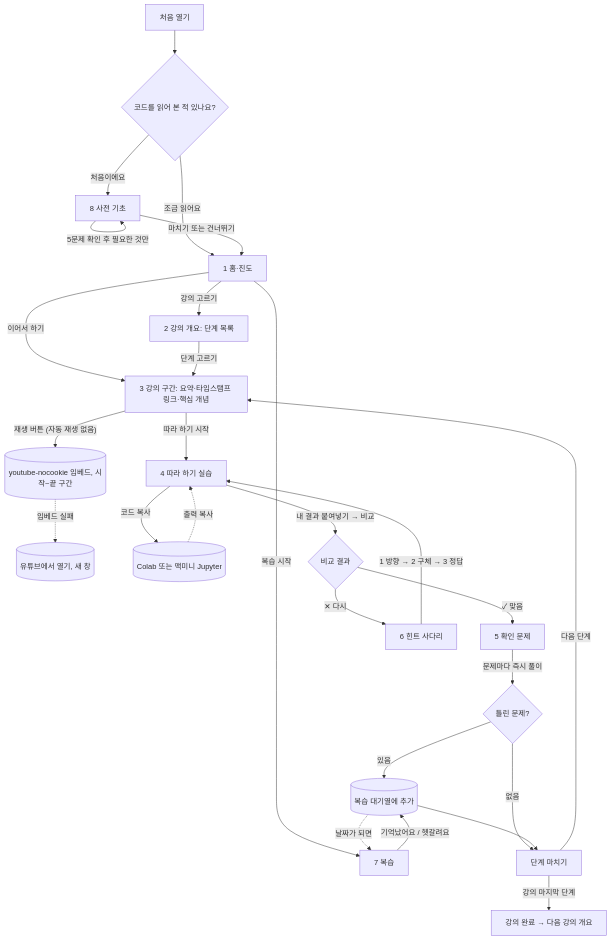
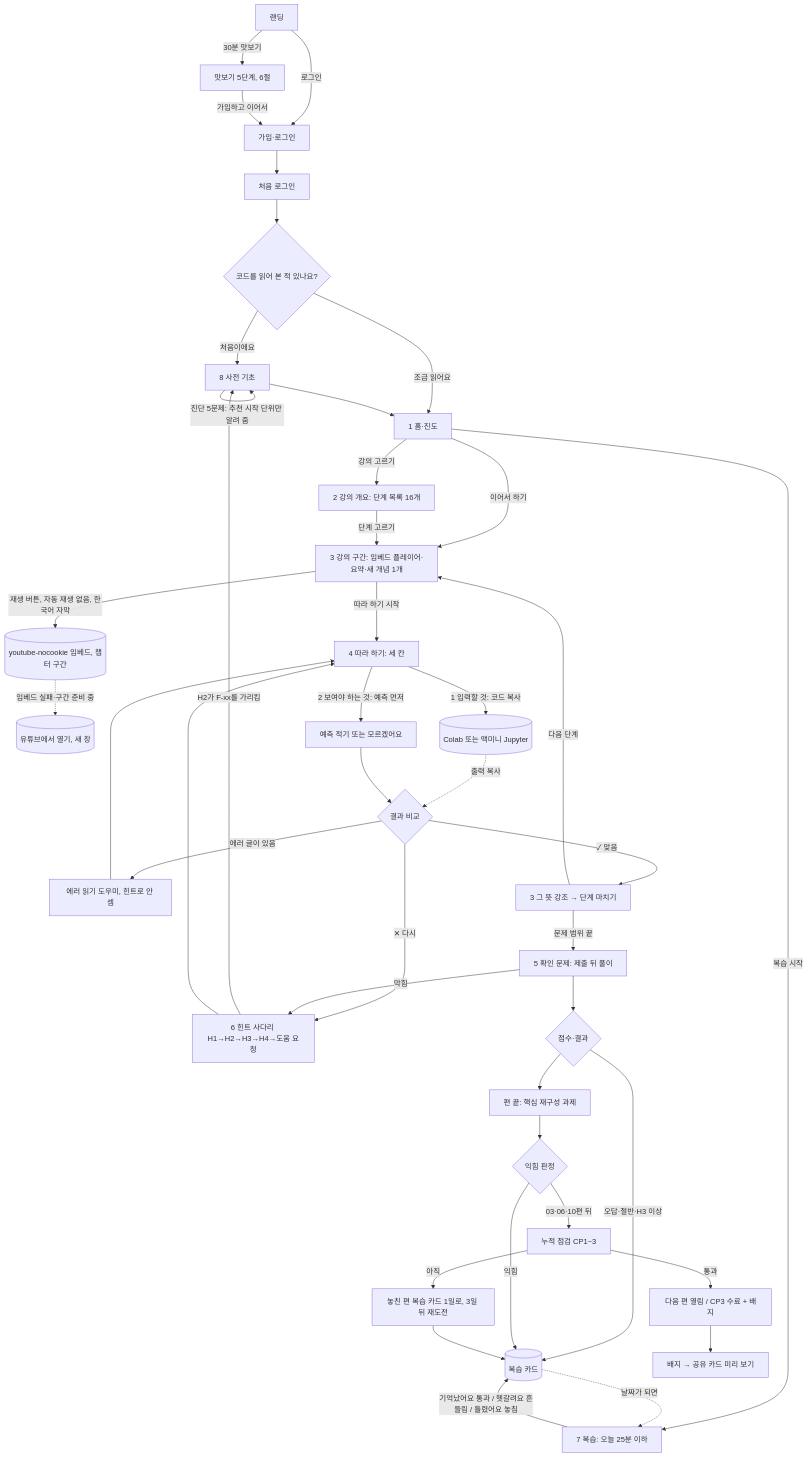
One commit to blazethrottle/z2h-ko changed the first of 4 diagrams in inputs/design/flow.md. Above: the diagram before and after it, drawn with Mermaid. The commit also changed other lines of this file and 89 other files, not shown here.

````diff
--- a/inputs/design/flow.md
+++ b/inputs/design/flow.md
@@ -15,29 +19,44 @@
 ```mermaid
 flowchart TD
-    A[처음 열기] --> B{코드를 읽어 본 적 있나요?}
+    LP[랜딩] -- 30분 맛보기 --> TS[맛보기 5단계, 6절]
+    LP -- 로그인 --> AU[가입·로그인]
+    TS -- 가입하고 이어서 --> AU
+    AU --> A
+    A[처음 로그인] --> B{코드를 읽어 본 적 있나요?}
     B -- 처음이에요 --> C[8 사전 기초]
     B -- 조금 읽어요 --> D[1 홈·진도]
-    C -- 5문제 확인 후 필요한 것만 --> C
-    C -- 마치기 또는 건너뛰기 --> D
+    C -- 진단 5문제: 추천 시작 단위만 알려 줌 --> C
+    C --> D
     D -- 이어서 하기 --> F
-    D -- 강의 고르기 --> E[2 강의 개요: 단계 목록]
-    D -- 복습 시작 --> R[7 복습]
-    E -- 단계 고르기 --> F[3 강의 구간: 요약·타임스탬프 링크·핵심 개념]
-    F -- 재생 버튼 (자동 재생 없음) --> YT[(youtube-nocookie 임베드, 시작~끝 구간)]
-    YT -. 임베드 실패 .-> YO[(유튜브에서 열기, 새 창)]
-    F -- 따라 하기 시작 --> G[4 따라 하기 실습]
-    G -- 코드 복사 --> NB[(Colab 또는 맥미니 Jupyter)]
-    NB -. 출력 복사 .-> G
-    G -- 내 결과 붙여넣기 → 비교 --> H{비교 결과}
-    H -- ✓ 맞음 --> I[5 확인 문제]
-    H -- ✕ 다시 --> J[6 힌트 사다리]
-    J -- 1 방향 → 2 구체 → 3 정답 --> G
-    I -- 문제마다 즉시 풀이 --> K{틀린 문제?}
-    K -- 있음 --> Q[(복습 대기열에 추가)]
-    K -- 없음 --> L
-    Q --> L[단계 마치기]
-    L -- 다음 단계 --> F
-    L -- 강의 마지막 단계 --> E2[강의 완료 → 다음 강의 개요]
+    D -- 강의 고르기 --> E[2 강의 개요: 단계 목록 16개]
+    D -- 복습 시작 --> R[7 복습: 오늘 25분 이하]
+    E -- 단계 고르기 --> F[3 강의 구간: 임베드 플레이어·요약·새 개념 1개]
+    F -- 재생 버튼, 자동 재생 없음, 한국어 자막 --> YT[(youtube-nocookie 임베드, 챕터 구간)]
+    YT -. 임베드 실패·구간 준비 중 .-> YO[(유튜브에서 열기, 새 창)]
+    F -- 따라 하기 시작 --> G[4 따라 하기: 세 칸]
+    G -- 1 입력할 것: 코드 복사 --> NB[(Colab 또는 맥미니 Jupyter)]
+    G -- 2 보여야 하는 것: 예측 먼저 --> P[예측 적기 또는 모르겠어요]
+    NB -. 출력 복사 .-> H
+    P --> H{결과 비교}
+    H -- 에러 글이 있음 --> ER[에러 읽기 도우미, 힌트로 안 셈]
+    ER --> G
+    H -- ✓ 맞음 --> M[3 그 뜻 강조 → 단계 마치기]
+    H -- ✕ 다시 --> J[6 힌트 사다리 H1→H2→H3→H4→도움 요청]
+    J -- H2가 F-xx를 가리킴 --> C
+    J --> G
+    M -- 문제 범위 끝 --> I[5 확인 문제: 제출 뒤 풀이]
+    M -- 다음 단계 --> F
+    I -- 막힘 --> J
+    I --> K{점수·결과}
+    K -- 오답·절반·H3 이상 --> Q[(복습 카드)]
+    K --> M2[편 끝: 핵심 재구성 과제]
+    M2 --> MS{익힘 판정}
+    MS -- 익힘 --> Q
+    MS -- 03·06·10편 뒤 --> CP[누적 점검 CP1~3]
+    CP -- 통과 --> E2[다음 편 열림 / CP3 수료 + 배지]
+    CP -- 아직 --> CPN[놓친 편 복습 카드 1일로, 3일 뒤 재도전]
+    CPN --> Q
+    E2 --> BG[배지 → 공유 카드 미리 보기]
     Q -. 날짜가 되면 .-> R
-    R -- 기억났어요 / 헷갈려요 --> Q
+    R -- 기억났어요 통과 / 헷갈려요 흔들림 / 틀렸어요 놓침 --> Q
 ```
````
